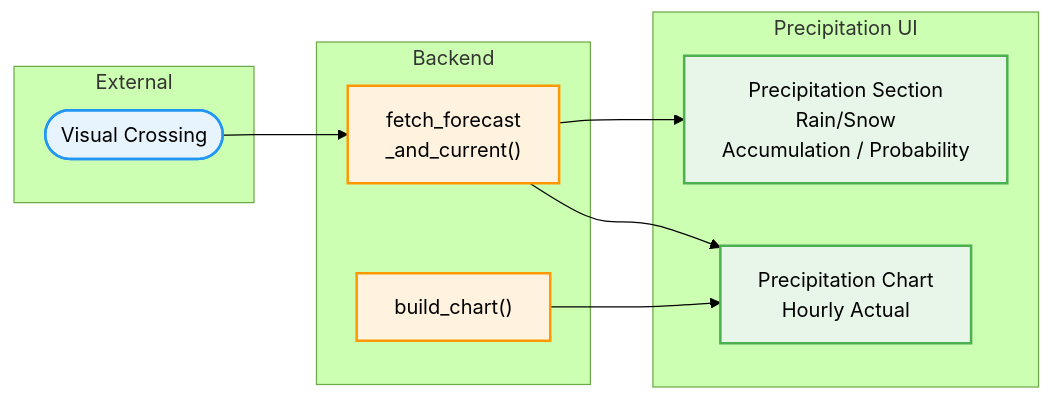
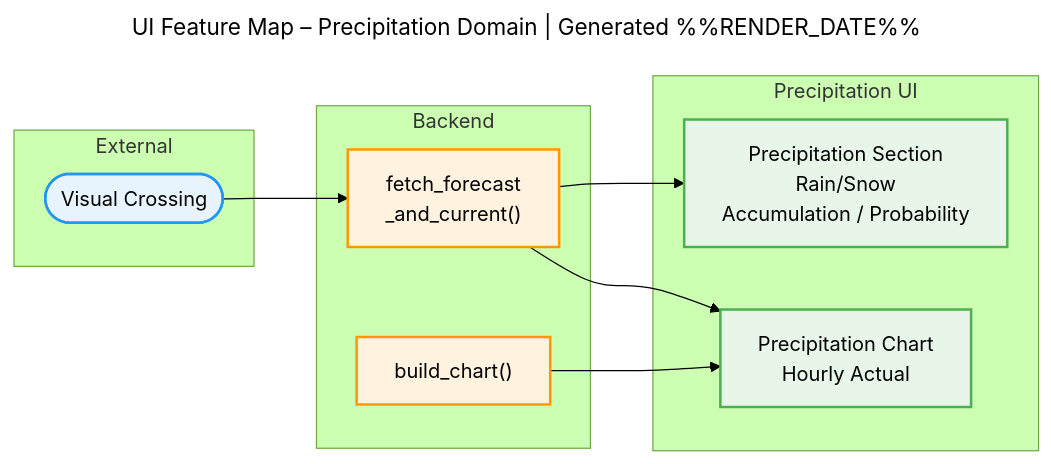
Before and after one commit to RobinWikoff/the-farm-monitor: the fourth of 7 diagrams in docs/c4/c4-ui-feature-map.md, drawn with Mermaid (forest theme). The commit also changed other lines of this file and 27 other files, not shown here.

First line of the commit message:
Add diagram title + generation date header to all C4 diagrams

````diff
--- a/docs/c4/c4-ui-feature-map.md
+++ b/docs/c4/c4-ui-feature-map.md
@@ -159,29 +168,32 @@
 ```mermaid
+---
+title: UI Feature Map – Precipitation Domain | Generated %%RENDER_DATE%%
+---
 flowchart LR
     subgraph EXT["External"]
         vc_api(["Visual Crossing"])
     end
 
     subgraph BE["Backend"]
         vc_fetch["fetch_forecast\n_and_current()"]
         viz["build_chart()"]
     end
 
     subgraph UI["Precipitation UI"]
         precip_section["Precipitation Section\nRain/Snow\nAccumulation / Probability"]
         precip_chart["Precipitation Chart\nHourly Actual"]
     end
 
     vc_api --> vc_fetch
     vc_fetch --> precip_section
     vc_fetch --> precip_chart
     viz --> precip_chart
 
     classDef external fill:#e8f4fd,stroke:#2196F3,stroke-width:2px
     classDef backend fill:#fff3e0,stroke:#FF9800,stroke-width:2px
     classDef ui fill:#e8f5e9,stroke:#4CAF50,stroke-width:2px
 
     class vc_api external
     class vc_fetch,viz backend
     class precip_section,precip_chart ui
 ```
````
